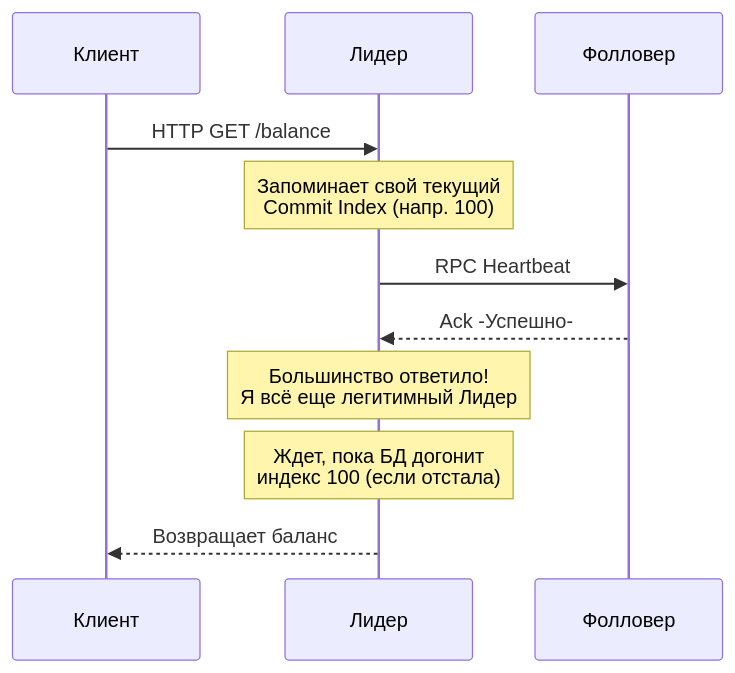
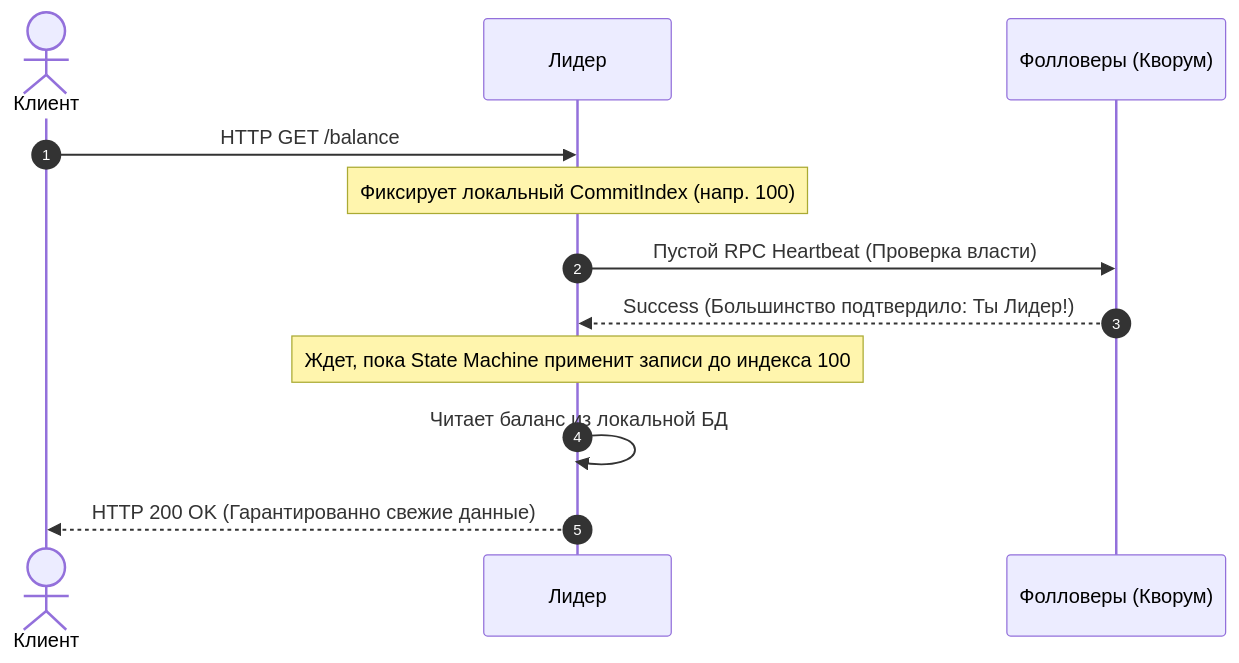
One commit to UnrealTemplier/go-textbook changed the third of 3 diagrams in sources/14. Распределенные системы на Go/02. Консенсус/5. Raft. Safety и гарантии.md. Above: the diagram before and after it, drawn with Mermaid. The commit also changed other lines of this file, not shown here.

````diff
--- a/sources/14. Распределенные системы на Go/02. Консенсус/5. Raft. Safety и гарантии.md
+++ b/sources/14. Распределенные системы на Go/02. Консенсус/5. Raft. Safety и гарантии.md
@@ -96,16 +207,17 @@
 ```mermaid
 sequenceDiagram
-    participant C as Клиент
+    autonumber
+    actor Client as Клиент
     participant L as Лидер
-    participant F as Фолловер
+    participant F as Фолловеры (Кворум)
+
+    Client->>L: HTTP GET /balance
+    Note over L: Фиксирует локальный CommitIndex (напр. 100)
     
-    C->>L: HTTP GET /balance
-    Note over L: Запоминает свой текущий<br>Commit Index (напр. 100)
+    L->>F: Пустой RPC Heartbeat (Проверка власти)
+    F-->>L: Success (Большинство подтвердило: Ты Лидер!)
     
-    L->>F: RPC Heartbeat
-    F-->>L: Ack -Успешно-
-    Note over L: Большинство ответило!<br>Я всё еще легитимный Лидер
-    
-    Note over L: Ждет, пока БД догонит<br>индекс 100 (если отстала)
-    L-->>C: Возвращает баланс
+    Note over L: Ждет, пока State Machine применит записи до индекса 100
+    L->>L: Читает баланс из локальной БД
+    L-->>Client: HTTP 200 OK (Гарантированно свежие данные)
 ```
````
